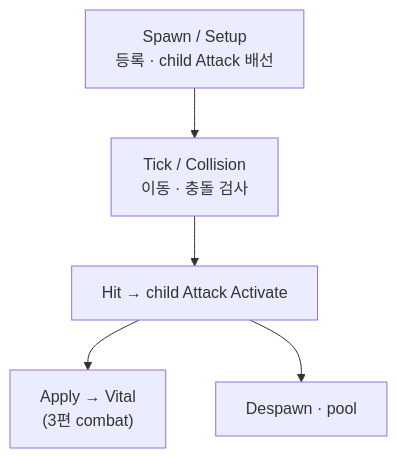
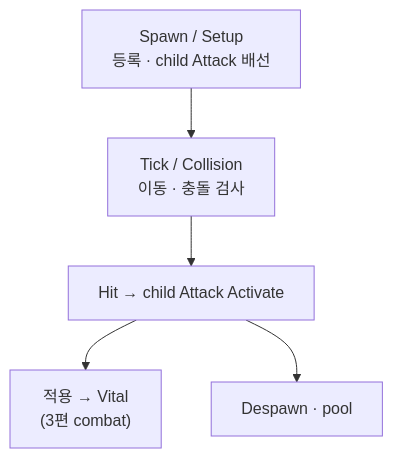
The diagram in notes/dragon-combat-projectile.md (monet5379/monet5379.github.io), drawn with Mermaid before and after one commit. The commit also changed other lines of this file and 27 other files, not shown here.

````diff
--- a/notes/dragon-combat-projectile.md
+++ b/notes/dragon-combat-projectile.md
@@ -40,7 +40,7 @@
 ```mermaid
 flowchart TD
   SP["Spawn / Setup<br/>등록 · child Attack 배선"] --> TK["Tick / Collision<br/>이동 · 충돌 검사"]
   TK --> HT["Hit → child Attack Activate"]
-  HT --> AP["Apply → Vital<br/>(3편 combat)"]
+  HT --> AP["적용 → Vital<br/>(3편 combat)"]
   HT --> DS["Despawn · pool"]
 ```
````
